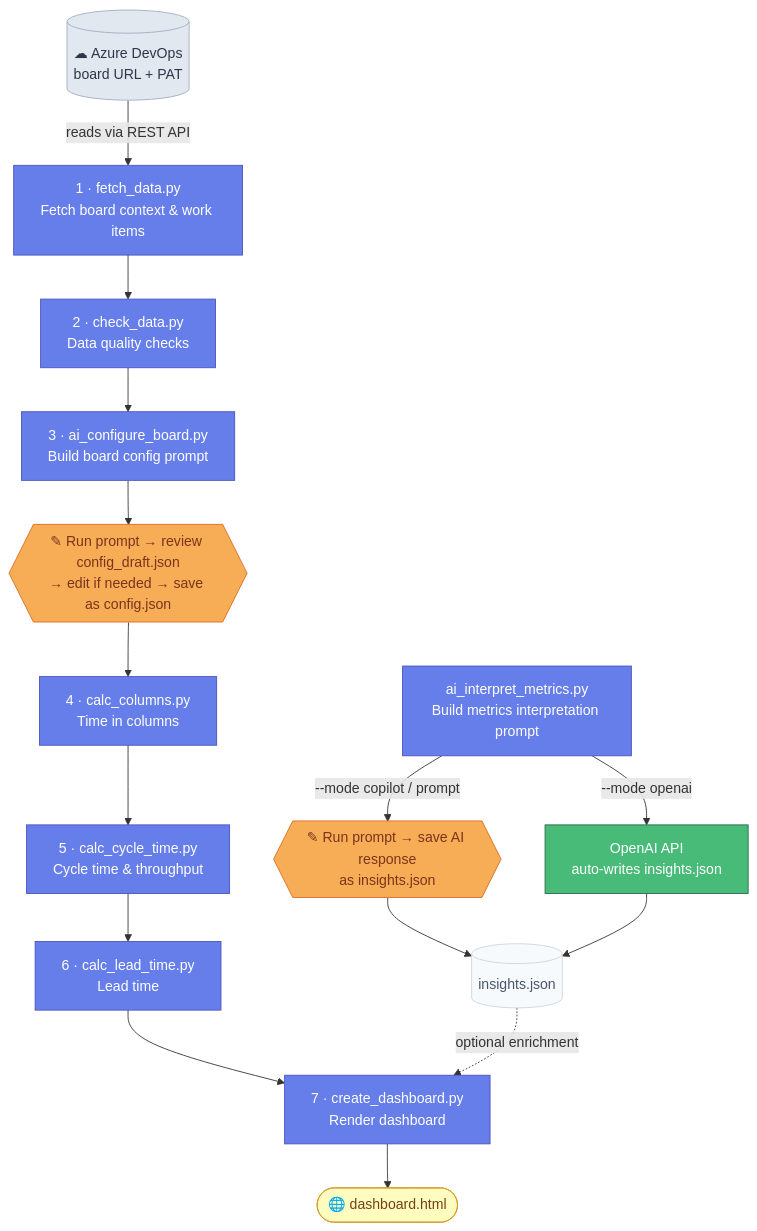
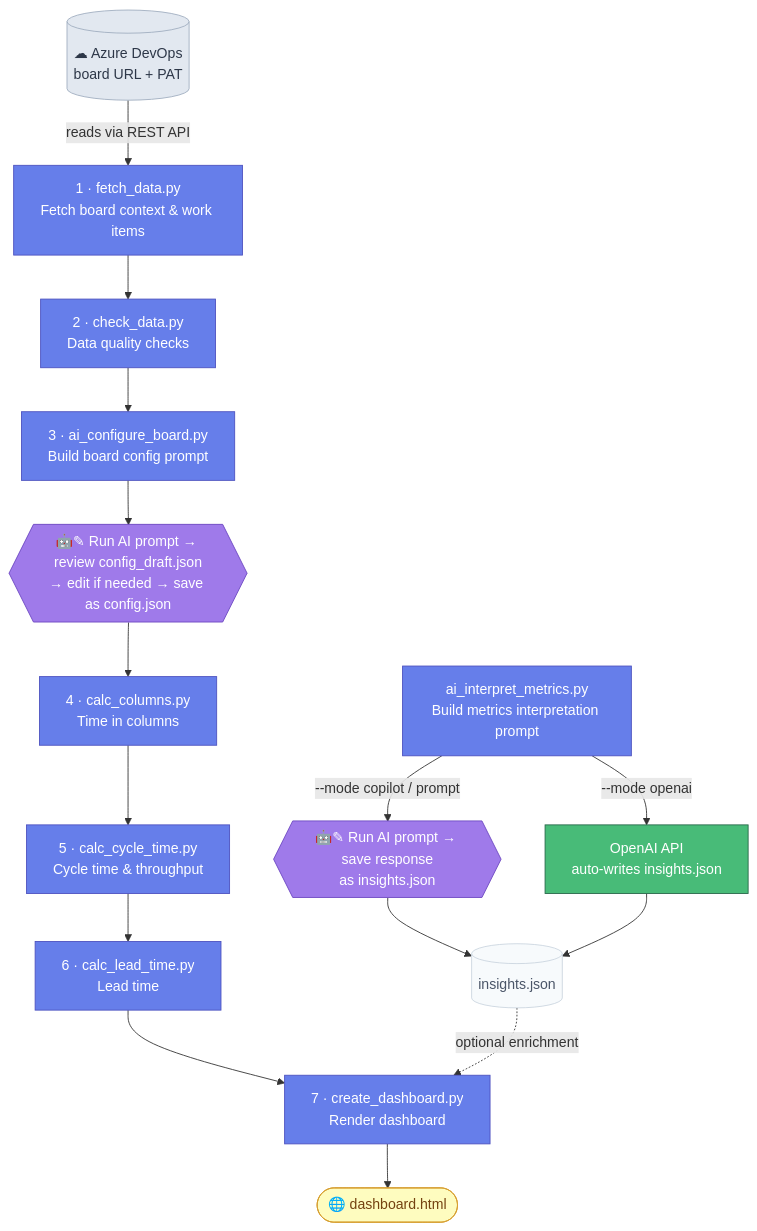
Before and after one commit to asos-davidmichel/ai-flow-metrics: the diagram in README.md, drawn with Mermaid. The commit also changed other lines of this file, not shown here.

Commit message:
docs: fix pipeline diagram colour scheme - purple for human+AI steps

````diff
--- a/README.md
+++ b/README.md
@@ -51,36 +51,36 @@
 ```mermaid
 flowchart TD
     ADO[("☁ Azure DevOps\nboard URL + PAT")]:::external
 
     fetch["1 · fetch_data.py\nFetch board context & work items"]:::script
     check["2 · check_data.py\nData quality checks"]:::script
     aiconf["3 · ai_configure_board.py\nBuild board config prompt"]:::script
-    aiconfprompt{{"✎ Run prompt → review config_draft.json\n→ edit if needed → save as config.json"}}:::manual
+    aiconfprompt{{"🤖✎ Run AI prompt → review config_draft.json\n→ edit if needed → save as config.json"}}:::humanai
     calccol["4 · calc_columns.py\nTime in columns"]:::script
     calcct["5 · calc_cycle_time.py\nCycle time & throughput"]:::script
     calclt["6 · calc_lead_time.py\nLead time"]:::script
     dash["7 · create_dashboard.py\nRender dashboard"]:::script
     out(["🌐 dashboard.html"]):::output
 
     aimetrics["ai_interpret_metrics.py\nBuild metrics interpretation prompt"]:::script
-    savemetrics{{"✎ Run prompt → save AI response\nas insights.json"}}:::manual
-    autoinsights["OpenAI API\nauto-writes insights.json"]:::ai
+    savemetrics{{"🤖✎ Run AI prompt → save response\nas insights.json"}}:::humanai
+    autoinsights["OpenAI API\nauto-writes insights.json"]:::autoai
     insights[("insights.json")]:::file
 
     ADO -->|"reads via REST API"| fetch
     fetch --> check --> aiconf --> aiconfprompt
     aiconfprompt --> calccol --> calcct --> calclt --> dash
     aimetrics -->|"--mode copilot / prompt"| savemetrics
     aimetrics -->|"--mode openai"| autoinsights
     savemetrics --> insights
     autoinsights --> insights
     insights -.->|"optional enrichment"| dash
     dash --> out
 
     classDef script  fill:#667eea,color:#fff,stroke:#4c51bf
-    classDef ai      fill:#48bb78,color:#fff,stroke:#276749
-    classDef manual  fill:#f6ad55,color:#7b341e,stroke:#dd6b20
+    classDef humanai fill:#9f7aea,color:#fff,stroke:#6b46c1
+    classDef autoai  fill:#48bb78,color:#fff,stroke:#276749
     classDef external fill:#e2e8f0,color:#2d3748,stroke:#a0aec0
     classDef file    fill:#f7fafc,color:#4a5568,stroke:#cbd5e0
     classDef output  fill:#fefcbf,color:#744210,stroke:#d69e2e
 ```
````
